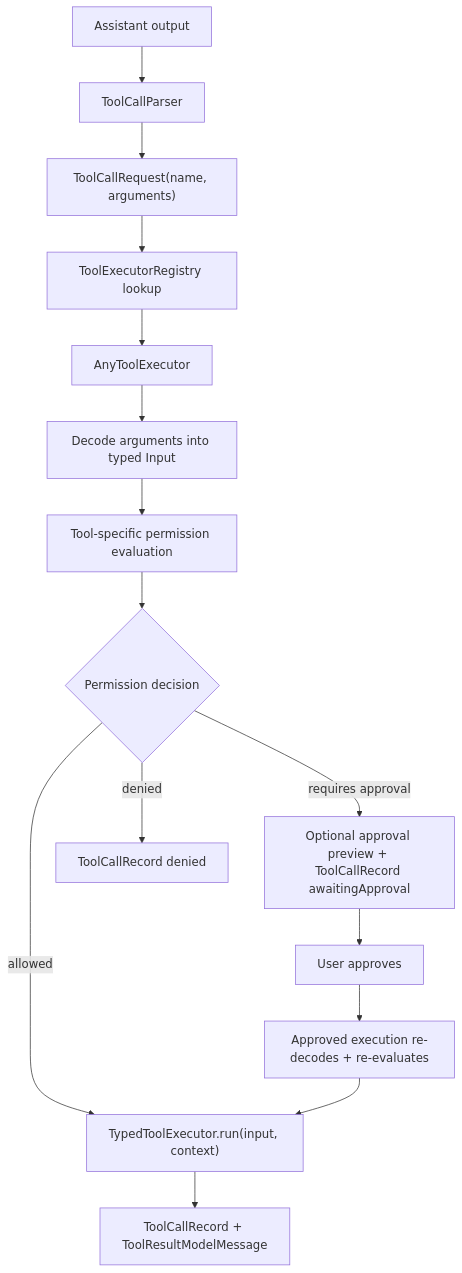
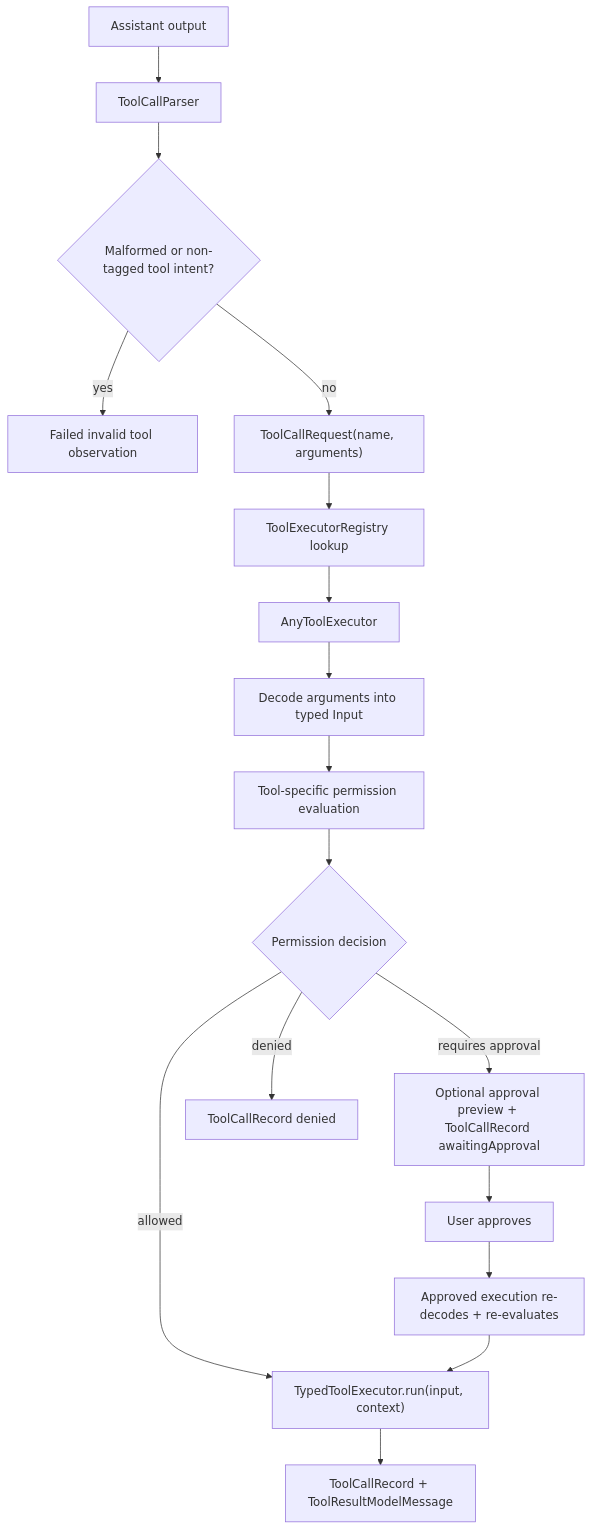
The diagram in docs/tool-runtime.md (ngutech21/sumika-chat), drawn with Mermaid before and after one commit. The commit also changed other lines of this file and 7 other files, not shown here.

Commit message:
feat: Enhance tool call handling with invalid tool observations and recovery mechanisms

````diff
--- a/docs/tool-runtime.md
+++ b/docs/tool-runtime.md
@@ -10,17 +10,19 @@
 ```mermaid
 flowchart TD
   A["Assistant output"] --> B["ToolCallParser"]
-  B --> C["ToolCallRequest(name, arguments)"]
+  B --> Z{"Malformed or non-tagged tool intent?"}
+  Z -- "yes" --> Y["Failed invalid tool observation"]
+  Z -- "no" --> C["ToolCallRequest(name, arguments)"]
   C --> D["ToolExecutorRegistry lookup"]
   D --> E["AnyToolExecutor"]
   E --> F["Decode arguments into typed Input"]
   F --> G["Tool-specific permission evaluation"]
   G --> H{"Permission decision"}
   H -- "allowed" --> I["TypedToolExecutor.run(input, context)"]
   H -- "requires approval" --> J["Optional approval preview + ToolCallRecord awaitingApproval"]
   H -- "denied" --> K["ToolCallRecord denied"]
   I --> L["ToolCallRecord + ToolResultModelMessage"]
   J --> M["User approves"]
   M --> N["Approved execution re-decodes + re-evaluates"]
   N --> I
 ```
````
